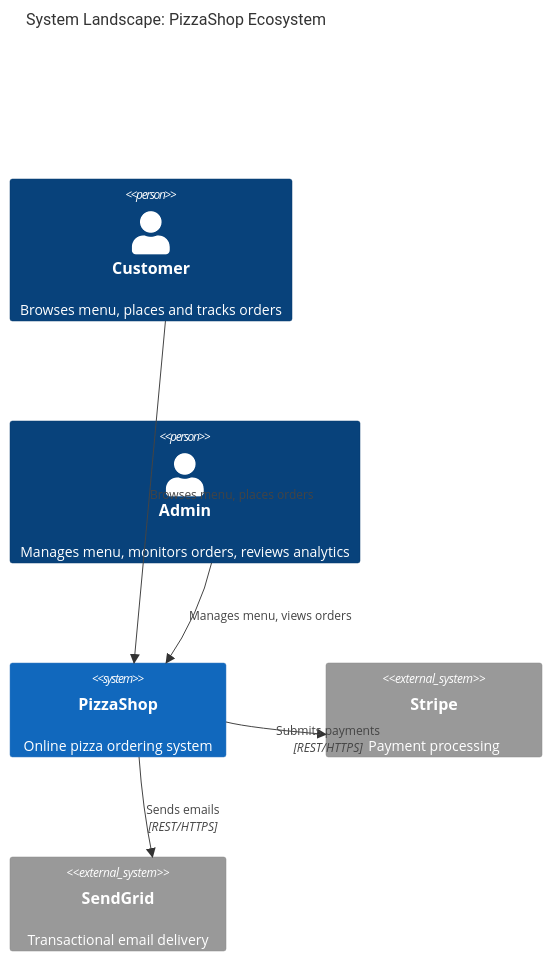
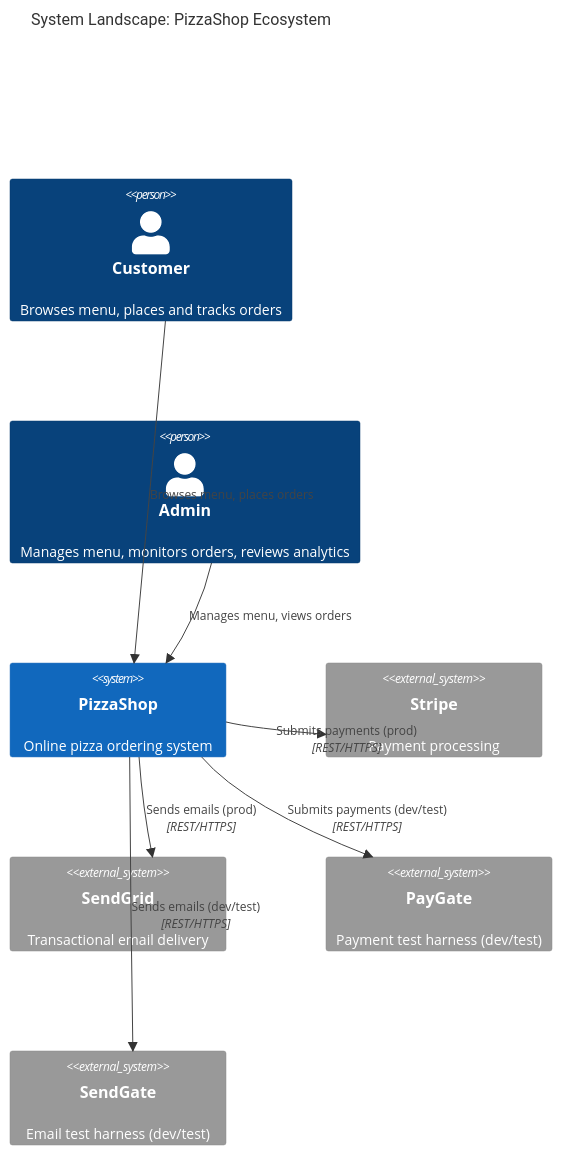
The fifth of 13 diagrams in src/MCPServer/DotNet/Docs/Specs/PizzaShop.spec.md (Realization-Engine/spec-chat), drawn with Mermaid before and after one commit. The commit also changed other lines of this file and 3 other files, not shown here.

First line of the commit message:
Add PayGate and SendGate subsystem specs and manifest refs

````diff
--- a/src/MCPServer/DotNet/Docs/Specs/PizzaShop.spec.md
+++ b/src/MCPServer/DotNet/Docs/Specs/PizzaShop.spec.md
@@ -1028,17 +1111,21 @@
 ```mermaid
 C4Context
     title System Landscape: PizzaShop Ecosystem
 
     Person(customer, "Customer", "Browses menu, places and tracks orders")
     Person(admin, "Admin", "Manages menu, monitors orders, reviews analytics")
 
     System(pizzashop, "PizzaShop", "Online pizza ordering system")
 
     System_Ext(stripe, "Stripe", "Payment processing")
     System_Ext(sendgrid, "SendGrid", "Transactional email delivery")
+    System_Ext(paygate, "PayGate", "Payment test harness (dev/test)")
+    System_Ext(sendgate, "SendGate", "Email test harness (dev/test)")
 
     Rel(customer, pizzashop, "Browses menu, places orders")
     Rel(admin, pizzashop, "Manages menu, views orders")
-    Rel(pizzashop, stripe, "Submits payments", "REST/HTTPS")
-    Rel(pizzashop, sendgrid, "Sends emails", "REST/HTTPS")
+    Rel(pizzashop, stripe, "Submits payments (prod)", "REST/HTTPS")
+    Rel(pizzashop, sendgrid, "Sends emails (prod)", "REST/HTTPS")
+    Rel(pizzashop, paygate, "Submits payments (dev/test)", "REST/HTTPS")
+    Rel(pizzashop, sendgate, "Sends emails (dev/test)", "REST/HTTPS")
 ```
````
